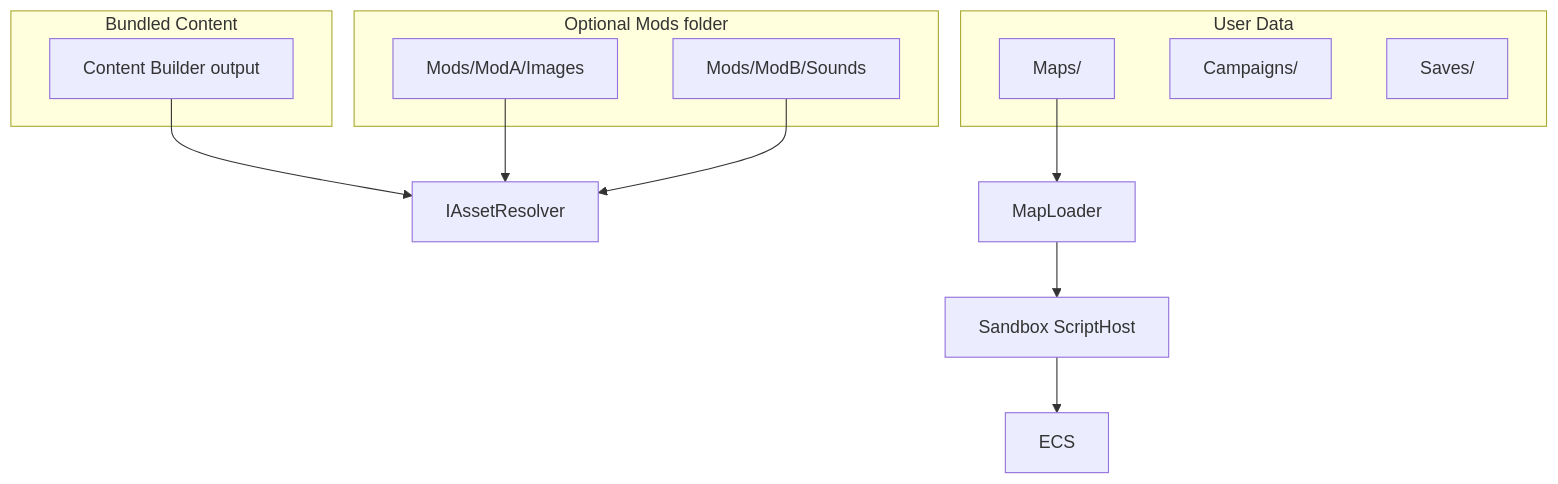
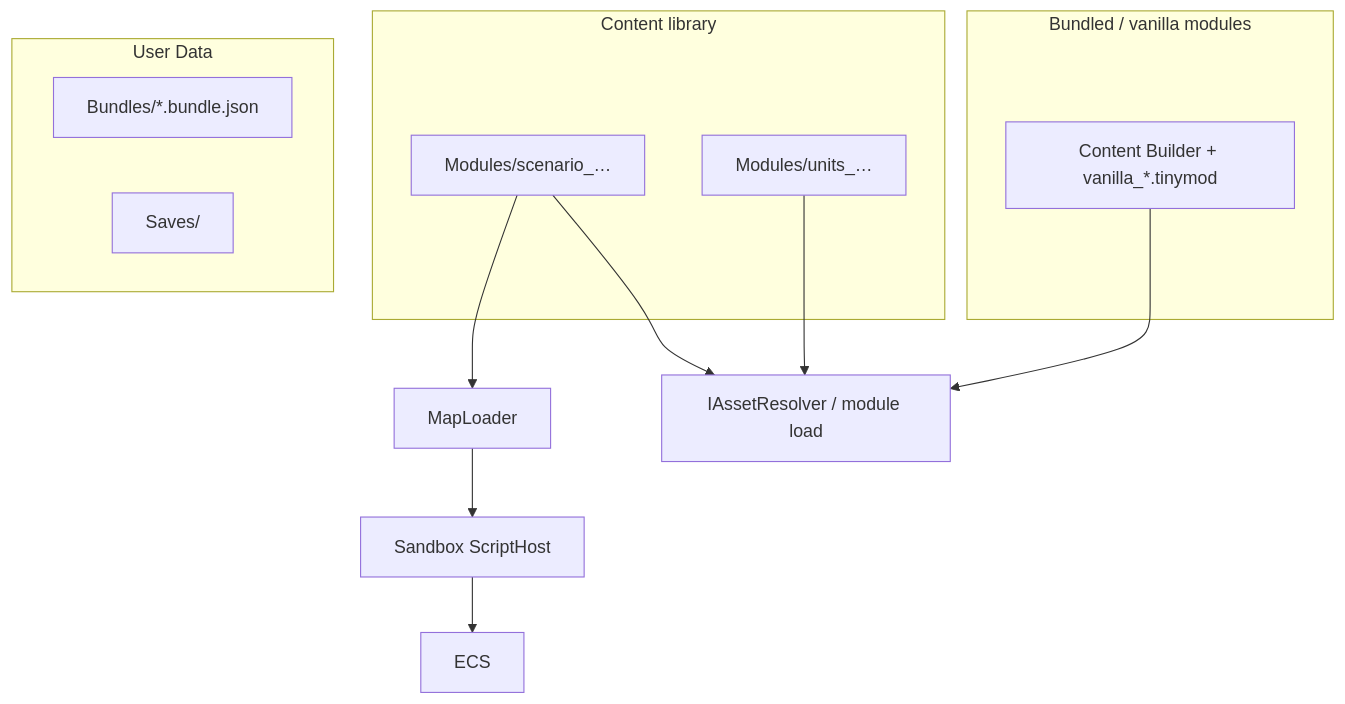
One commit to R7G3/TinyTBS changed the diagram in TinyTBS/.cursor/plans/структура_tinytbs_af8fe755.plan.md. Above: the diagram before and after it, drawn with Mermaid. The commit also changed other lines of this file and 3 other files, not shown here.

````diff
--- a/TinyTBS/.cursor/plans/структура_tinytbs_af8fe755.plan.md
+++ b/TinyTBS/.cursor/plans/структура_tinytbs_af8fe755.plan.md
@@ -91,22 +91,21 @@
 ```mermaid
 flowchart TB
-  subgraph bundled [Bundled Content]
-    DefaultAssets[Content Builder output]
+  subgraph bundled [Bundled / vanilla modules]
+    DefaultAssets[Content Builder + vanilla_*.tinymod]
   end
-  subgraph mods [Optional Mods folder]
-    ModA[Mods/ModA/Images]
-    ModB[Mods/ModB/Sounds]
+  subgraph mods [Content library]
+    ModA[Modules/scenario_…]
+    ModB[Modules/units_…]
   end
   subgraph userdata [User Data]
-    Maps[Maps/]
-    Campaigns[Campaigns/]
+    Bundles[Bundles/*.bundle.json]
     Saves[Saves/]
   end
-  Resolver[IAssetResolver]
+  Resolver[IAssetResolver / module load]
   DefaultAssets --> Resolver
   ModA --> Resolver
   ModB --> Resolver
-  Maps --> MapLoader
+  ModA --> MapLoader
   MapLoader --> ScriptHost[Sandbox ScriptHost]
   ScriptHost --> ECS
 ```
````
